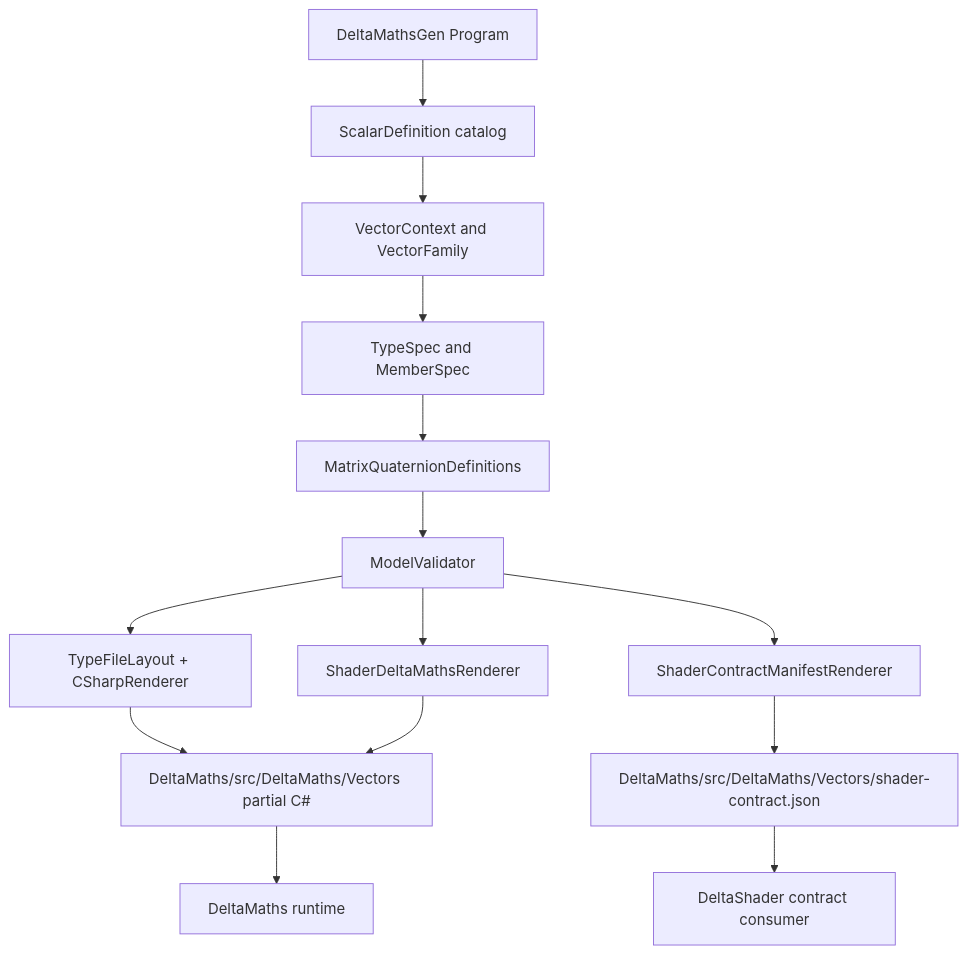
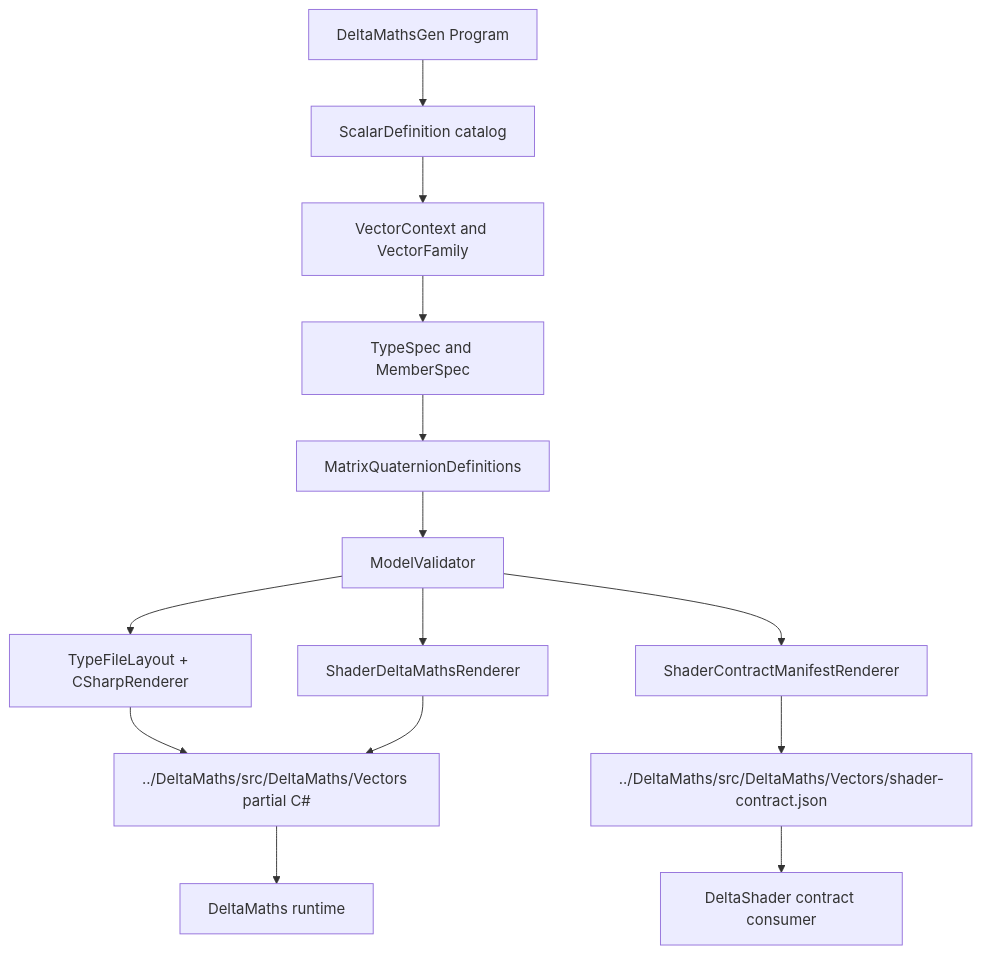
One commit to Artromskiy/DeltaMathsGen changed the diagram in docs/ARCHITECTURE.md. Above: the diagram before and after it, drawn with Mermaid. The commit also changed other lines of this file and 4 other files, not shown here.

````diff
--- a/docs/ARCHITECTURE.md
+++ b/docs/ARCHITECTURE.md
@@ -38,16 +40,16 @@
 ```mermaid
 flowchart TD
     A[DeltaMathsGen Program] --> B[ScalarDefinition catalog]
     B --> C[VectorContext and VectorFamily]
     C --> D[TypeSpec and MemberSpec]
     D --> E[MatrixQuaternionDefinitions]
     E --> F[ModelValidator]
     F --> G[TypeFileLayout + CSharpRenderer]
     F --> H[ShaderDeltaMathsRenderer]
     F --> I[ShaderContractManifestRenderer]
-    G --> J[DeltaMaths/src/DeltaMaths/Vectors partial C#]
+    G --> J[../DeltaMaths/src/DeltaMaths/Vectors partial C#]
     H --> J
-    I --> K[DeltaMaths/src/DeltaMaths/Vectors/shader-contract.json]
+    I --> K[../DeltaMaths/src/DeltaMaths/Vectors/shader-contract.json]
     J --> L[DeltaMaths runtime]
     K --> M[DeltaShader contract consumer]
 ```
````
